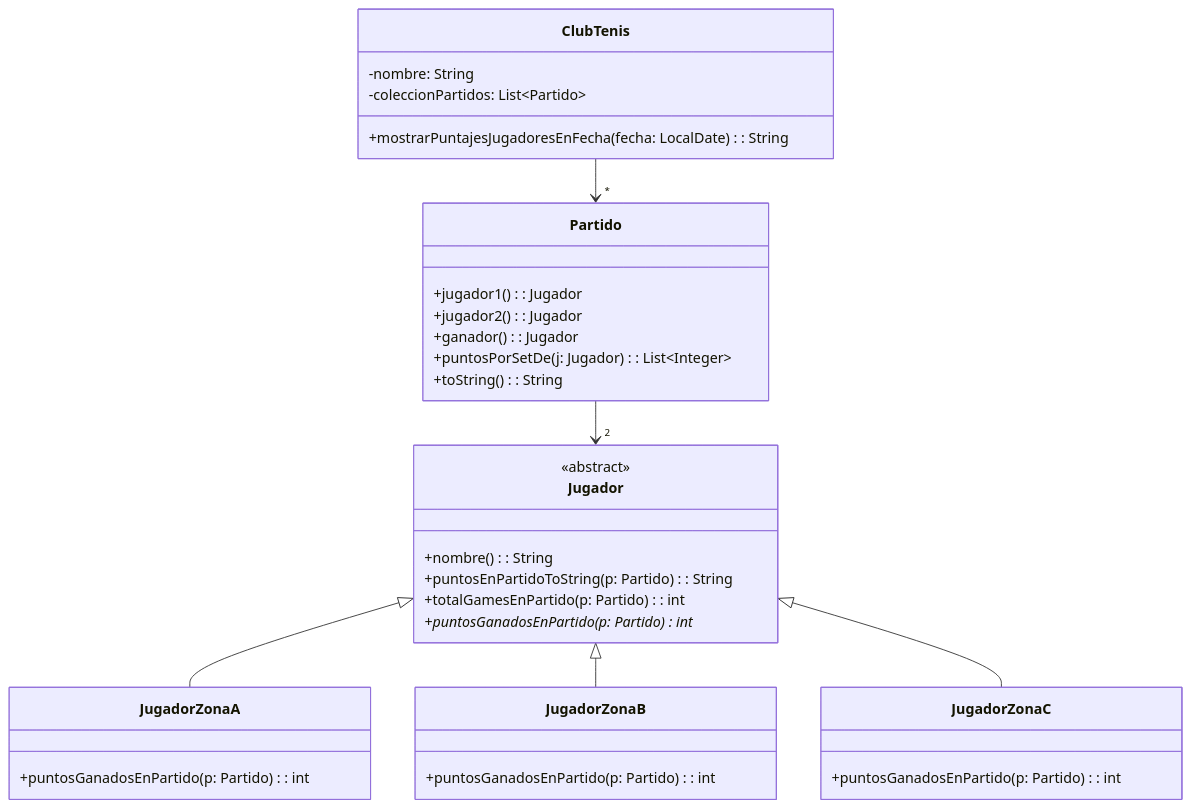
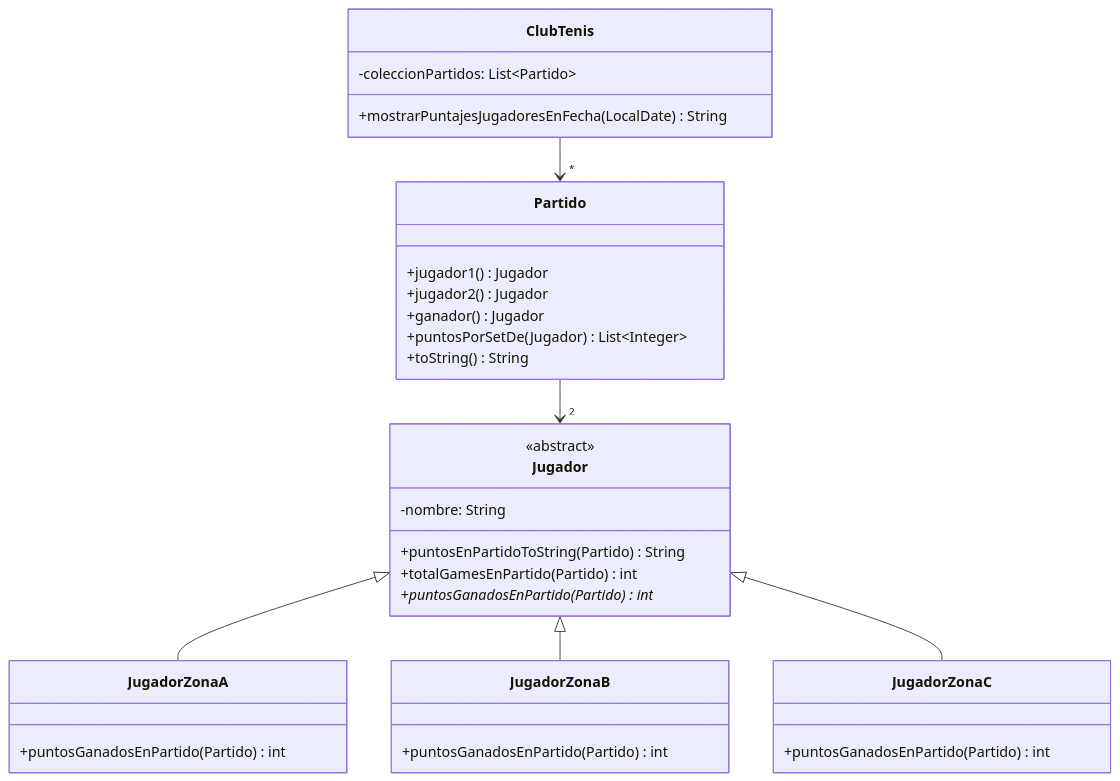
One commit to auwus21/Facultad-Informatica-UNLP changed the second of 2 diagrams in OO2/Teoria/Resumenes/Clase2.md. Above: the diagram before and after it, drawn with Mermaid. The commit also changed other lines of this file and 34 other files, not shown here.

````diff
--- a/OO2/Teoria/Resumenes/Clase2.md
+++ b/OO2/Teoria/Resumenes/Clase2.md
@@ -389,37 +168,36 @@
 ```mermaid
 classDiagram
     class ClubTenis {
-        -nombre: String
         -coleccionPartidos: List~Partido~
-        +mostrarPuntajesJugadoresEnFecha(fecha: LocalDate): String
+        +mostrarPuntajesJugadoresEnFecha(LocalDate) String
     }
     class Partido {
-        +jugador1(): Jugador
-        +jugador2(): Jugador
-        +ganador(): Jugador
-        +puntosPorSetDe(j: Jugador): List~Integer~
-        +toString(): String
+        +jugador1() Jugador
+        +jugador2() Jugador
+        +ganador() Jugador
+        +puntosPorSetDe(Jugador) List~Integer~
+        +toString() String
     }
     class Jugador {
         <<abstract>>
-        +nombre(): String
-        +puntosEnPartidoToString(p: Partido): String
-        +totalGamesEnPartido(p: Partido): int
-        +puntosGanadosEnPartido(p: Partido)* int
+        -nombre: String
+        +puntosEnPartidoToString(Partido) String
+        +totalGamesEnPartido(Partido) int
+        +puntosGanadosEnPartido(Partido)* int
     }
     class JugadorZonaA {
-        +puntosGanadosEnPartido(p: Partido): int
+        +puntosGanadosEnPartido(Partido) int
     }
     class JugadorZonaB {
-        +puntosGanadosEnPartido(p: Partido): int
+        +puntosGanadosEnPartido(Partido) int
     }
     class JugadorZonaC {
-        +puntosGanadosEnPartido(p: Partido): int
+        +puntosGanadosEnPartido(Partido) int
     }
 
     ClubTenis --> "*" Partido
     Partido --> "2" Jugador
     Jugador <|-- JugadorZonaA
     Jugador <|-- JugadorZonaB
     Jugador <|-- JugadorZonaC
 ```
````
